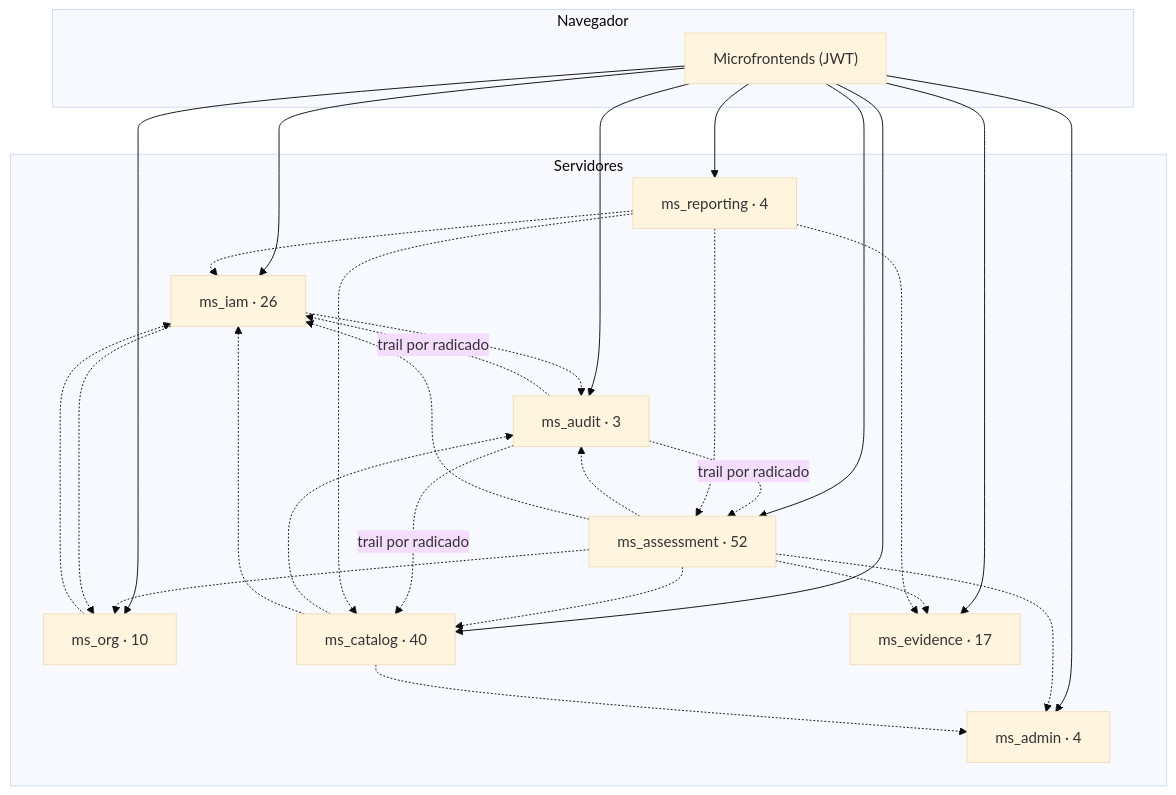
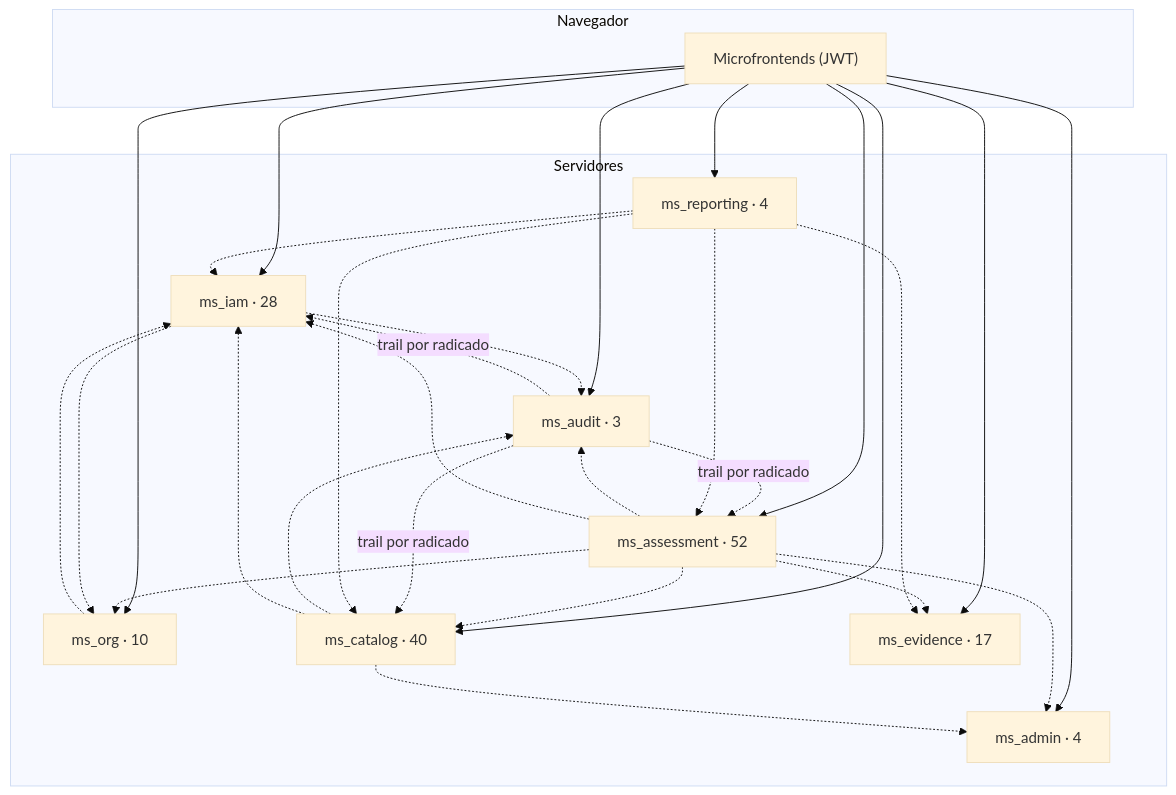
Before and after one commit to jdtovar07/MSPI_NVA_CO_DOCS: the diagram in Documentacion-General/08-Referencia-API.md, drawn with Mermaid (base theme). The commit also changed other lines of this file and 15 other files, not shown here.

````diff
--- a/Documentacion-General/08-Referencia-API.md
+++ b/Documentacion-General/08-Referencia-API.md
@@ -21,17 +21,17 @@
 ```mermaid
 flowchart TB
   subgraph Navegador
     MF["Microfrontends (JWT)"]
   end
   subgraph Servidores
-    IAM["ms_iam · 26"]; ORG["ms_org · 10"]; ASS["ms_assessment · 52"]; CAT["ms_catalog · 40"]
+    IAM["ms_iam · 28"]; ORG["ms_org · 10"]; ASS["ms_assessment · 52"]; CAT["ms_catalog · 40"]
     EVI["ms_evidence · 17"]; REP["ms_reporting · 4"]; AUD["ms_audit · 3"]; ADM["ms_admin · 4"]
   end
   MF --> IAM & ORG & ASS & CAT & EVI & REP & AUD & ADM
   ASS -.-> ADM & AUD & CAT & EVI & IAM & ORG
   AUD -. "trail por radicado" .-> ASS & CAT & IAM
   CAT -.-> ADM & AUD & IAM
   IAM -.-> AUD & ORG
   ORG -.-> IAM
   REP -.-> ASS & CAT & EVI & IAM
 ```
````
